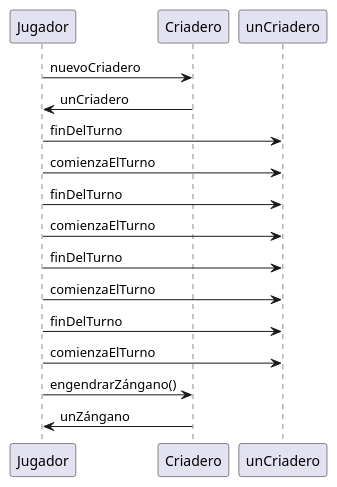
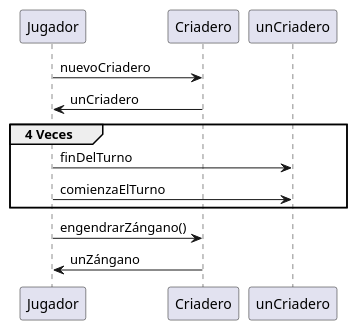
One commit to nicolasgirardi/algo3_TP2_AlgoStar changed the diagram in diagrams/sequences/CasoDeUso2/PruebaConstruccionCriaderoLuegoDe4Turnos.puml. Above: the diagram before and after it, drawn with PlantUML. The commit also changed 3 other files, not shown here.

Commit message:
diagrama para extractor

```diff
--- a/diagrams/sequences/CasoDeUso2/PruebaConstruccionCriaderoLuegoDe4Turnos.puml
+++ b/diagrams/sequences/CasoDeUso2/PruebaConstruccionCriaderoLuegoDe4Turnos.puml
@@ -1,22 +1,14 @@
 @startuml
 'https://plantuml.com/sequence-diagram
 
 Jugador -> Criadero: nuevoCriadero
 Criadero -> Jugador: unCriadero
-
-Jugador -> unCriadero: finDelTurno
-Jugador -> unCriadero: comienzaElTurno
-
-Jugador -> unCriadero: finDelTurno
-Jugador -> unCriadero: comienzaElTurno
-
-Jugador -> unCriadero: finDelTurno
-Jugador -> unCriadero: comienzaElTurno
-
-Jugador -> unCriadero: finDelTurno
-Jugador -> unCriadero: comienzaElTurno
-
+group 4 Veces
+    Jugador -> unCriadero: finDelTurno
+    Jugador -> unCriadero: comienzaElTurno
+end
 Jugador ->Criadero: engendrarZángano()
 Criadero -> Jugador: unZángano
 
+
 @enduml
```
